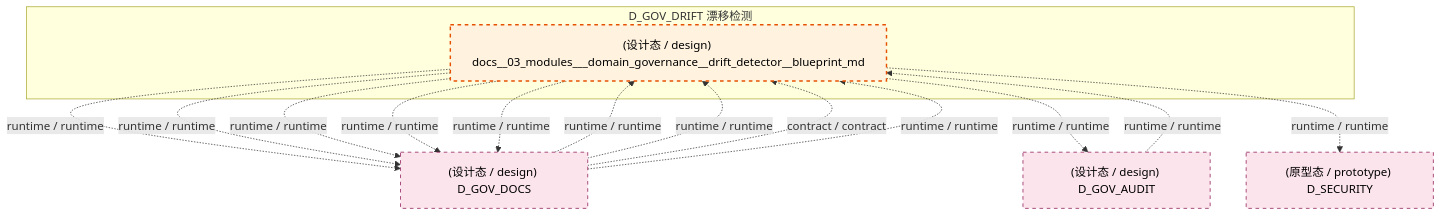
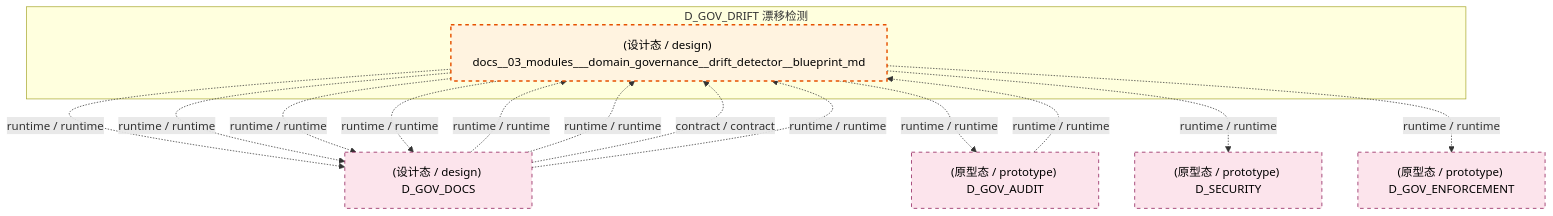
Before and after one commit to xuanFelixVan/ZephyrAlpha: the fifth of 7 diagrams in docs/02_enterprise_architecture/02_domain_architecture_docs/41_d_gov_drift.md, drawn with Mermaid. The commit also changed other lines of this file and 116 other files, not shown here.

````diff
--- a/docs/02_enterprise_architecture/02_domain_architecture_docs/41_d_gov_drift.md
+++ b/docs/02_enterprise_architecture/02_domain_architecture_docs/41_d_gov_drift.md
@@ -534,27 +535,28 @@
 ```mermaid
 graph TD
     subgraph D_GOV_DRIFT["D_GOV_DRIFT 漂移检测"]
         docs_03_modules_domain_governance_drift_detector_blueprint_md["(设计态 / design) docs__03_modules___domain_governance__drift_detector__blueprint_md"]
     end
     D_GOV_DOCS["(设计态 / design) D_GOV_DOCS"]
     docs_03_modules_domain_governance_drift_detector_blueprint_md -.->|runtime / runtime| D_GOV_DOCS
     docs_03_modules_domain_governance_drift_detector_blueprint_md -.->|runtime / runtime| D_GOV_DOCS
-    D_GOV_AUDIT["(设计态 / design) D_GOV_AUDIT"]
+    D_GOV_AUDIT["(原型态 / prototype) D_GOV_AUDIT"]
     docs_03_modules_domain_governance_drift_detector_blueprint_md -.->|runtime / runtime| D_GOV_AUDIT
     D_SECURITY["(原型态 / prototype) D_SECURITY"]
     docs_03_modules_domain_governance_drift_detector_blueprint_md -.->|runtime / runtime| D_SECURITY
-    docs_03_modules_domain_governance_drift_detector_blueprint_md -.->|runtime / runtime| D_GOV_DOCS
+    D_GOV_ENFORCEMENT["(原型态 / prototype) D_GOV_ENFORCEMENT"]
+    docs_03_modules_domain_governance_drift_detector_blueprint_md -.->|runtime / runtime| D_GOV_ENFORCEMENT
     docs_03_modules_domain_governance_drift_detector_blueprint_md -.->|runtime / runtime| D_GOV_DOCS
     docs_03_modules_domain_governance_drift_detector_blueprint_md -.->|runtime / runtime| D_GOV_DOCS
     D_GOV_AUDIT -.->|runtime / runtime| docs_03_modules_domain_governance_drift_detector_blueprint_md
     D_GOV_DOCS -.->|runtime / runtime| docs_03_modules_domain_governance_drift_detector_blueprint_md
     D_GOV_DOCS -.->|runtime / runtime| docs_03_modules_domain_governance_drift_detector_blueprint_md
     D_GOV_DOCS -.->|contract / contract| docs_03_modules_domain_governance_drift_detector_blueprint_md
     D_GOV_DOCS -.->|runtime / runtime| docs_03_modules_domain_governance_drift_detector_blueprint_md
     classDef production fill:#e1f5fe,stroke:#01579b,stroke-width:2px,color:#000
     classDef design fill:#fff3e0,stroke:#e65100,stroke-width:2px,color:#000,stroke-dasharray: 5 5
     classDef external_prod fill:#e8f5e9,stroke:#1b5e20,stroke-width:1px,color:#000
     classDef external_design fill:#fce4ec,stroke:#880e4f,stroke-width:1px,color:#000,stroke-dasharray: 5 5
     class docs_03_modules_domain_governance_drift_detector_blueprint_md design
-    class D_GOV_DOCS,D_GOV_AUDIT,D_SECURITY external_design
+    class D_GOV_DOCS,D_GOV_AUDIT,D_SECURITY,D_GOV_ENFORCEMENT external_design
 ```
````
